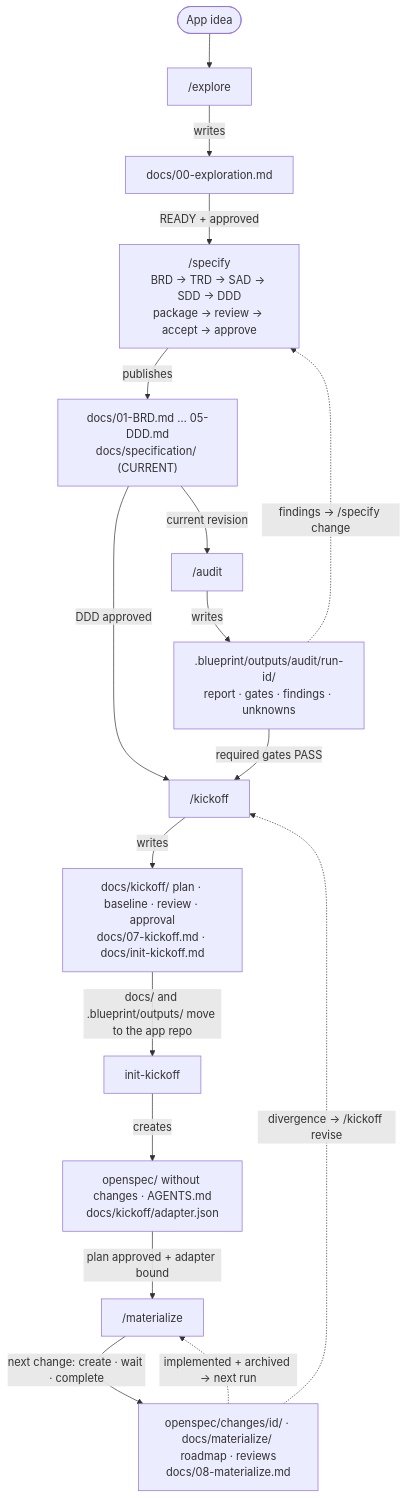
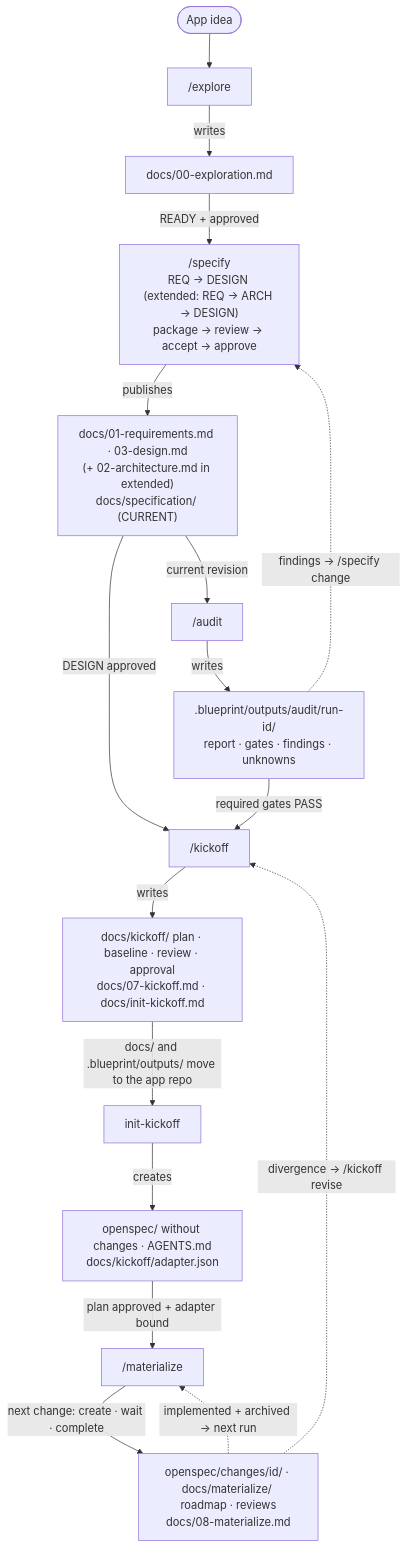
Before and after one commit to oastashev/claude-code-skills: the diagram in README.md, drawn with Mermaid. The commit also changed other lines of this file and 29 other files, not shown here.

Commit message:
Reworked to 3 docuemnts schema.

````diff
--- a/README.md
+++ b/README.md
@@ -30,19 +30,19 @@
 ```mermaid
 flowchart TB
   idea([App idea]) --> explore["/explore"]
   explore -->|writes| X["docs/00-exploration.md"]
-  X -->|"READY + approved"| specify["/specify<br/>BRD → TRD → SAD → SDD → DDD<br/>package → review → accept → approve"]
-  specify -->|publishes| S["docs/01-BRD.md … 05-DDD.md<br/>docs/specification/ (CURRENT)"]
+  X -->|"READY + approved"| specify["/specify<br/>REQ → DESIGN (extended: REQ → ARCH → DESIGN)<br/>package → review → accept → approve"]
+  specify -->|publishes| S["docs/01-requirements.md · 03-design.md<br/>(+ 02-architecture.md in extended)<br/>docs/specification/ (CURRENT)"]
   S -->|current revision| audit["/audit"]
   audit -->|writes| R[".blueprint/outputs/audit/run-id/<br/>report · gates · findings · unknowns"]
   R -.->|"findings → /specify change"| specify
-  S -->|"DDD approved"| kickoff["/kickoff"]
+  S -->|"DESIGN approved"| kickoff["/kickoff"]
   R -->|"required gates PASS"| kickoff
   kickoff -->|writes| K["docs/kickoff/ plan · baseline · review · approval<br/>docs/07-kickoff.md · docs/init-kickoff.md"]
   K -->|"docs/ and .blueprint/outputs/ move to the app repo"| init["init-kickoff"]
   init -->|creates| O["openspec/ without changes · AGENTS.md<br/>docs/kickoff/adapter.json"]
   O -->|"plan approved + adapter bound"| materialize["/materialize"]
   materialize -->|"next change: create · wait · complete"| C["openspec/changes/id/ · docs/materialize/ roadmap · reviews<br/>docs/08-materialize.md"]
   C -.->|"implemented + archived → next run"| materialize
   C -.->|"divergence → /kickoff revise"| kickoff
 ```
````
